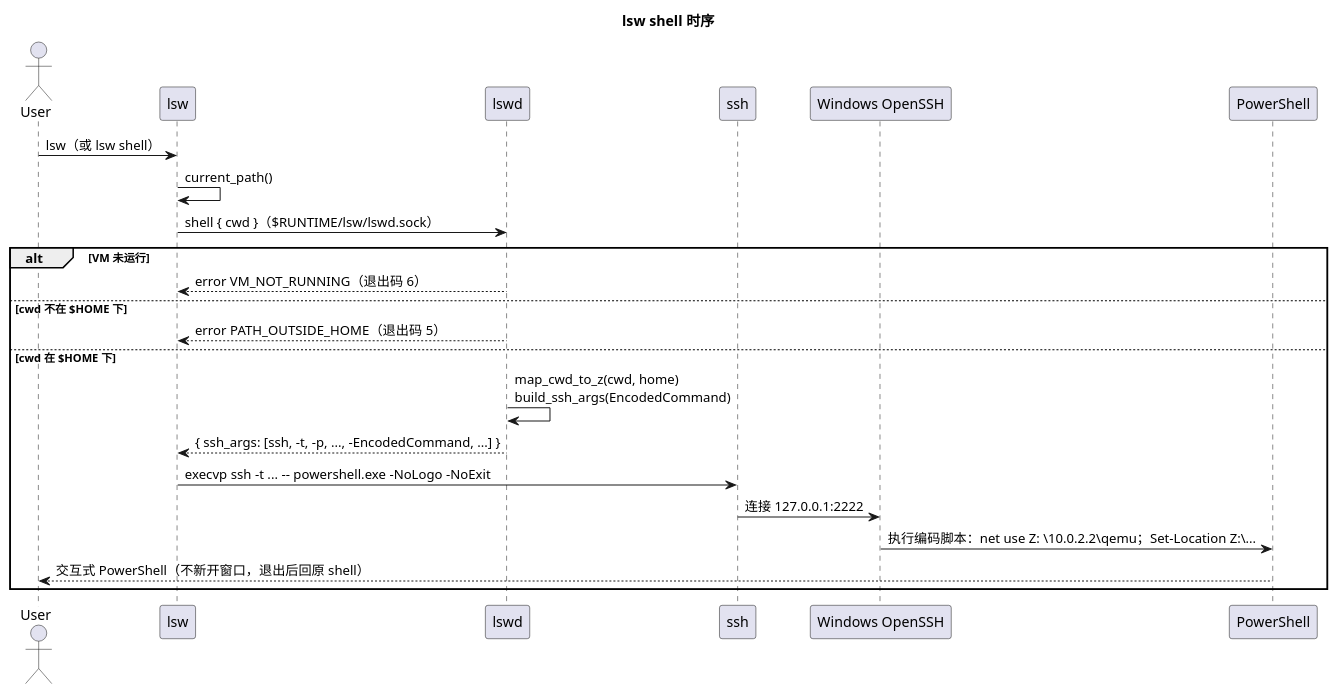
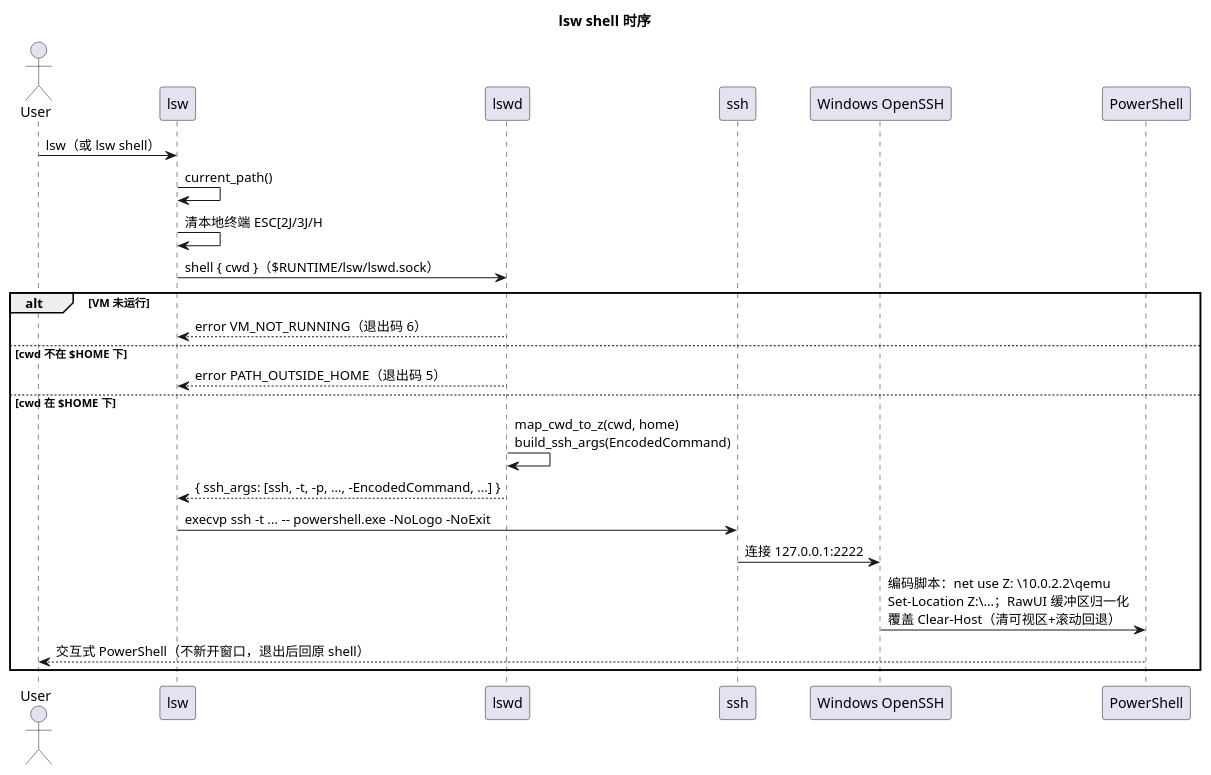
The diagram in docs/diagrams/sequence-shell.puml (yunzheyue-star/lsw), drawn with PlantUML before and after one commit. The commit also changed 35 other files, not shown here.

```diff
--- a/docs/diagrams/sequence-shell.puml
+++ b/docs/diagrams/sequence-shell.puml
@@ -1,25 +1,26 @@
 @startuml
 title lsw shell 时序
 actor User
 participant "lsw" as CLI
 participant "lswd" as Daemon
 participant "ssh" as SSH
 participant "Windows OpenSSH" as WinSSH
 participant "PowerShell" as PS
 
 User -> CLI : lsw（或 lsw shell）
 CLI -> CLI : current_path()
+CLI -> CLI : 清本地终端 ESC[2J/3J/H
 CLI -> Daemon : shell { cwd }（$RUNTIME/lsw/lswd.sock）
 alt VM 未运行
   Daemon --> CLI : error VM_NOT_RUNNING（退出码 6）
 else cwd 不在 $HOME 下
   Daemon --> CLI : error PATH_OUTSIDE_HOME（退出码 5）
 else cwd 在 $HOME 下
   Daemon -> Daemon : map_cwd_to_z(cwd, home)\nbuild_ssh_args(EncodedCommand)
   Daemon --> CLI : { ssh_args: [ssh, -t, -p, ..., -EncodedCommand, ...] }
   CLI -> SSH : execvp ssh -t ... -- powershell.exe -NoLogo -NoExit
   SSH -> WinSSH : 连接 127.0.0.1:2222
-  WinSSH -> PS : 执行编码脚本：net use Z: \\10.0.2.2\qemu；Set-Location Z:\...
+  WinSSH -> PS : 编码脚本：net use Z: \\10.0.2.2\qemu\nSet-Location Z:\...；RawUI 缓冲区归一化\n覆盖 Clear-Host（清可视区+滚动回退）
   PS --> User : 交互式 PowerShell（不新开窗口，退出后回原 shell）
 end
 @enduml
```
